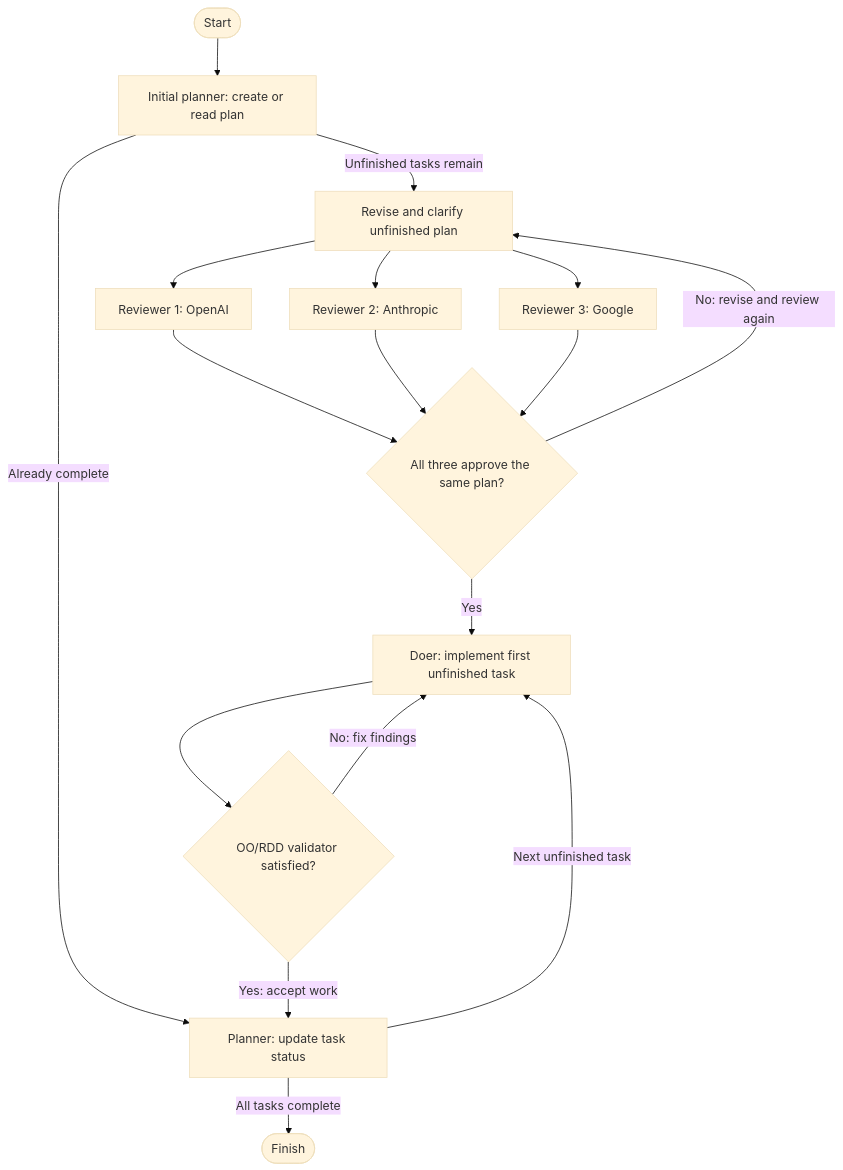
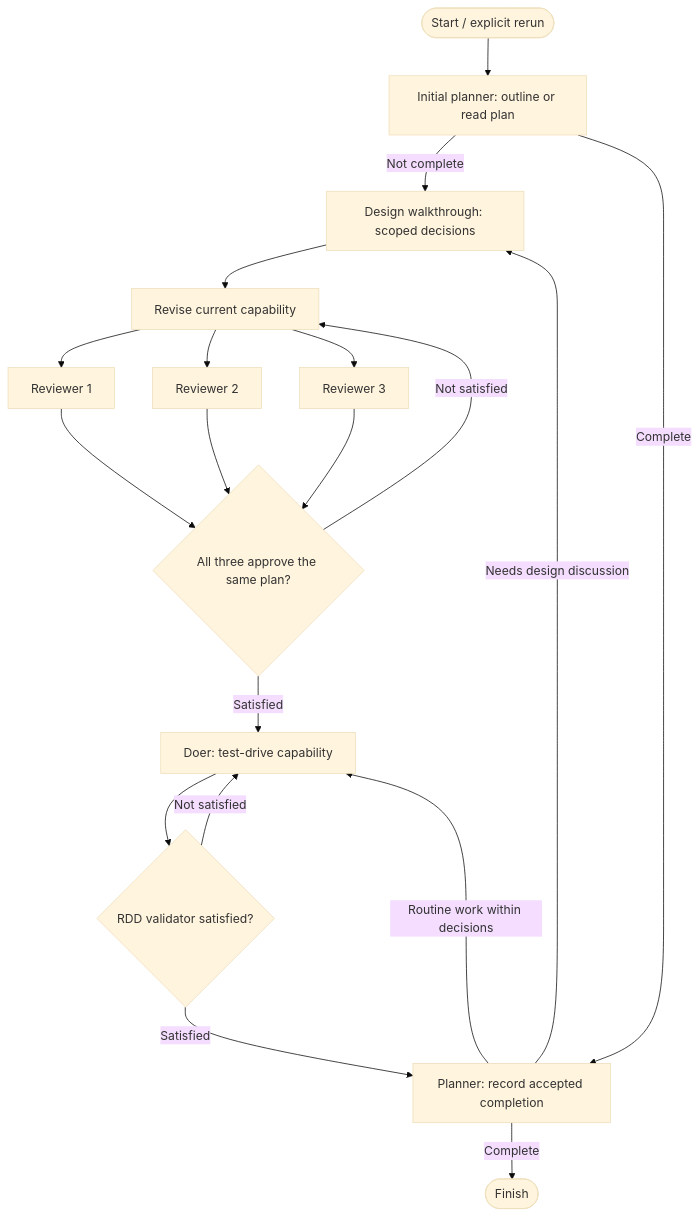
The diagram in docs/careful-plan-process.md (rwestgeest/libby), drawn with Mermaid (base theme) before and after one commit. The commit also changed other lines of this file and 12 other files, not shown here.

````diff
--- a/docs/careful-plan-process.md
+++ b/docs/careful-plan-process.md
@@ -21,19 +22,21 @@
 ```mermaid
 flowchart TD
-    start([Start]) --> initial[Initial planner: create or read plan]
-    initial -->|Unfinished tasks remain| revision[Revise and clarify unfinished plan]
-    initial -->|Already complete| planner[Planner: update task status]
-    planner -->|All tasks complete| finish([Finish])
-    planner -->|Next unfinished task| doer
-    revision --> r1[Reviewer 1: OpenAI]
-    revision --> r2[Reviewer 2: Anthropic]
-    revision --> r3[Reviewer 3: Google]
+    start([Start / explicit rerun]) --> initial[Initial planner: outline or read plan]
+    initial -->|Not complete| design[Design walkthrough: scoped decisions]
+    initial -->|Complete| planner[Planner: record accepted completion]
+    design --> revision[Revise current capability]
+    revision --> r1[Reviewer 1]
+    revision --> r2[Reviewer 2]
+    revision --> r3[Reviewer 3]
     r1 --> consensus{All three approve the same plan?}
     r2 --> consensus
     r3 --> consensus
-    consensus -->|No: revise and review again| revision
-    consensus -->|Yes| doer[Doer: implement first unfinished task]
-    doer --> validator{OO/RDD validator satisfied?}
-    validator -->|No: fix findings| doer
-    validator -->|Yes: accept work| planner
+    consensus -->|Not satisfied| revision
+    consensus -->|Satisfied| doer[Doer: test-drive capability]
+    doer --> validator{RDD validator satisfied?}
+    validator -->|Not satisfied| doer
+    validator -->|Satisfied| planner
+    planner -->|Complete| finish([Finish])
+    planner -->|Needs design discussion| design
+    planner -->|Routine work within decisions| doer
 ```
````
